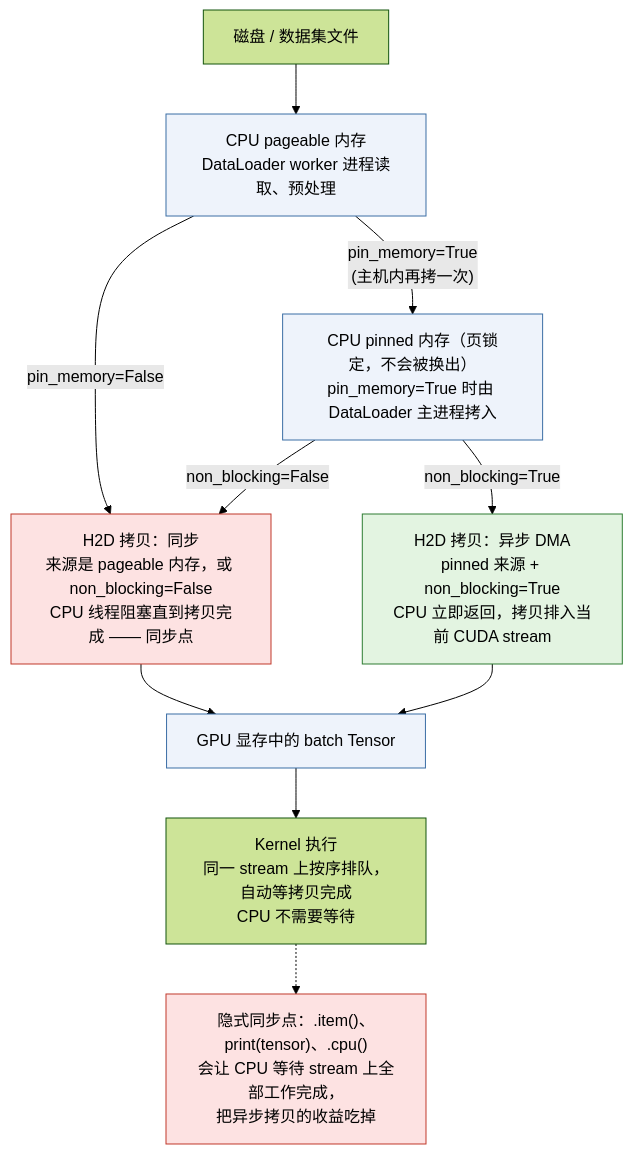
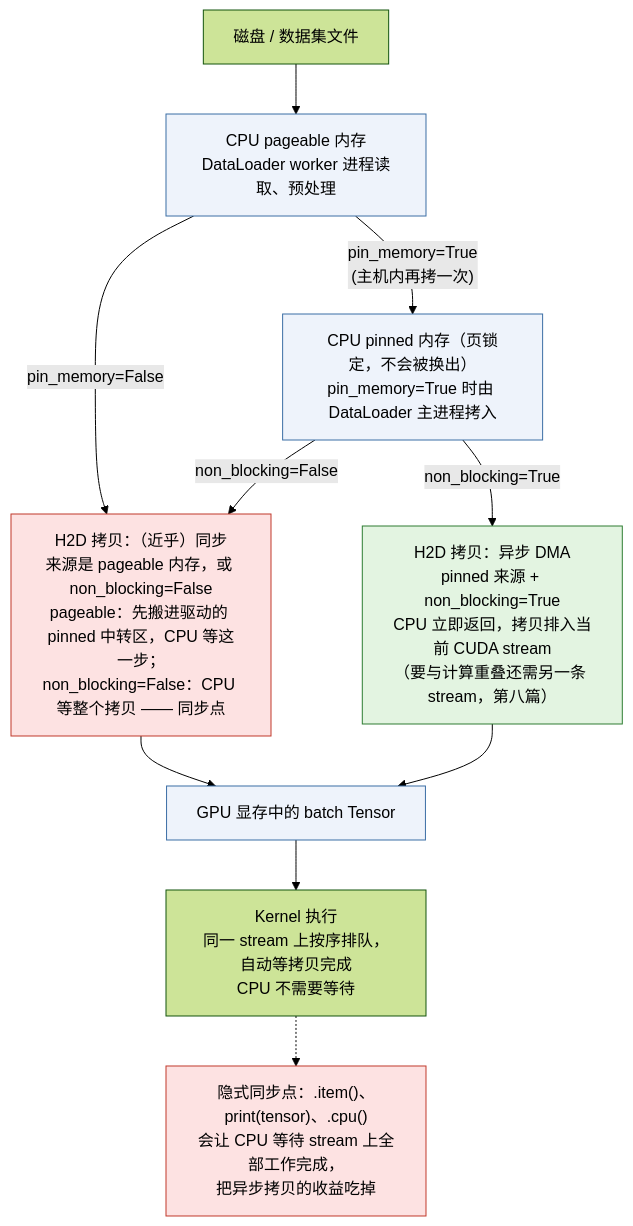
The second of 4 diagrams in _posts/2026-02-18-pytorch-tensor-and-memory-layout.md (arganzheng/arganzheng.github.com), drawn with Mermaid (forest theme) before and after one commit. The commit also changed other lines of this file and 10 other files, not shown here.

````diff
--- a/_posts/2026-02-18-pytorch-tensor-and-memory-layout.md
+++ b/_posts/2026-02-18-pytorch-tensor-and-memory-layout.md
@@ -1024,28 +1026,28 @@
 ```mermaid
 flowchart TB
     DISK["磁盘 / 数据集文件"]
     PAGE["CPU pageable 内存<br/>DataLoader worker 进程读取、预处理"]
     PIN["CPU pinned 内存（页锁定，不会被换出）<br/>pin_memory=True 时由 DataLoader 主进程拷入"]
-    H2D_SYNC["H2D 拷贝：同步<br/>来源是 pageable 内存，或 non_blocking=False<br/>CPU 线程阻塞直到拷贝完成 —— 同步点"]
-    H2D_ASYNC["H2D 拷贝：异步 DMA<br/>pinned 来源 + non_blocking=True<br/>CPU 立即返回，拷贝排入当前 CUDA stream"]
+    H2D_SYNC["H2D 拷贝：（近乎）同步<br/>来源是 pageable 内存，或 non_blocking=False<br/>pageable：先搬进驱动的 pinned 中转区，CPU 等这一步；<br/>non_blocking=False：CPU 等整个拷贝 —— 同步点"]
+    H2D_ASYNC["H2D 拷贝：异步 DMA<br/>pinned 来源 + non_blocking=True<br/>CPU 立即返回，拷贝排入当前 CUDA stream<br/>（要与计算重叠还需另一条 stream，第八篇）"]
     GPU["GPU 显存中的 batch Tensor"]
     KERNEL["Kernel 执行<br/>同一 stream 上按序排队，自动等拷贝完成<br/>CPU 不需要等待"]
     IMPLICIT["隐式同步点：.item()、print(tensor)、.cpu()<br/>会让 CPU 等待 stream 上全部工作完成，<br/>把异步拷贝的收益吃掉"]
 
     DISK --> PAGE
     PAGE -->|"pin_memory=True<br/>(主机内再拷一次)"| PIN
     PAGE -->|"pin_memory=False"| H2D_SYNC
     PIN -->|"non_blocking=False"| H2D_SYNC
     PIN -->|"non_blocking=True"| H2D_ASYNC
     H2D_SYNC --> GPU
     H2D_ASYNC --> GPU
     GPU --> KERNEL
     KERNEL -.-> IMPLICIT
 
     classDef sync fill:#fde2e2,stroke:#c0392b;
     classDef async fill:#e3f4e1,stroke:#2e7d32;
     classDef mem fill:#eef3fb,stroke:#3b6ea5;
     class H2D_SYNC,IMPLICIT sync;
     class H2D_ASYNC async;
     class PAGE,PIN,GPU mem;
 ```
````
